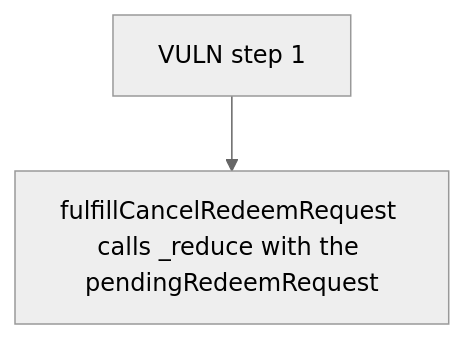
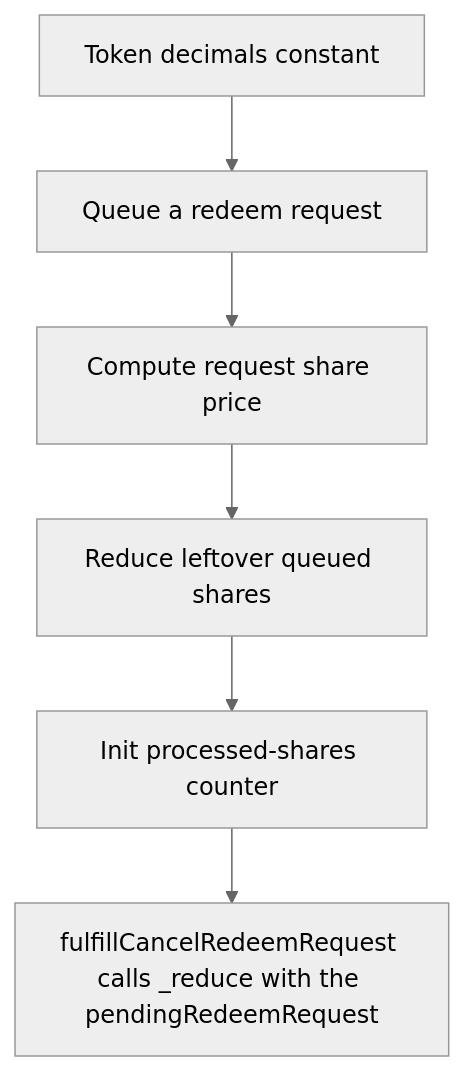
The diagram in 62969-accountableasyncredeemvaultfulfillcancelredeemrequest-can-de_exp/62969-accountableasyncredeemvaultfulfillcancelredeemrequest-can-de_exp.md (sanbir/evm-hack-registry), drawn with Mermaid (neutral theme) before and after one commit. The commit also changed other lines of this file and 79 other files, not shown here.

````diff
--- a/62969-accountableasyncredeemvaultfulfillcancelredeemrequest-can-de_exp/62969-accountableasyncredeemvaultfulfillcancelredeemrequest-can-de_exp.md
+++ b/62969-accountableasyncredeemvaultfulfillcancelredeemrequest-can-de_exp/62969-accountableasyncredeemvaultfulfillcancelredeemrequest-can-de_exp.md
@@ -28,6 +28,14 @@
 ```mermaid
 flowchart TD
-  S0["VULN step 1"]
+  S0["Token decimals constant"]
+  S1["Queue a redeem request"]
+  S2["Compute request share price"]
+  S3["Reduce leftover queued shares"]
+  S4["Init processed-shares counter"]
   H["fulfillCancelRedeemRequest calls _reduce with the pendingRedeemRequest"]
-  S0 --> H
+  S0 --> S1
+  S1 --> S2
+  S2 --> S3
+  S3 --> S4
+  S4 --> H
 ```
````
